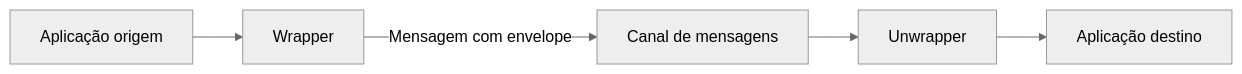
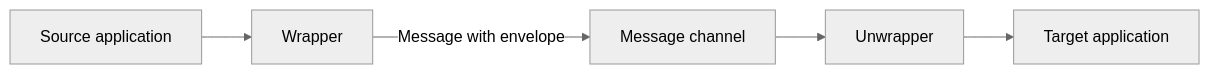
One commit to alancesar/design-patterns changed the diagram in docs/architecture/eip/message-transformation/envelope-wrapper.md. Above: the diagram before and after it, drawn with Mermaid (neutral theme). The commit also changed 258 other files, not shown here.

First line of the commit message:
Translate Mermaid diagrams to English

````diff
--- a/docs/architecture/eip/message-transformation/envelope-wrapper.md
+++ b/docs/architecture/eip/message-transformation/envelope-wrapper.md
@@ -54,7 +54,7 @@
 ```mermaid
 flowchart LR
-    A["Aplicação origem"] --> W["Wrapper"]
-    W -->|"Mensagem com envelope"| C["Canal de mensagens"]
+    A["Source application"] --> W["Wrapper"]
+    W -->|"Message with envelope"| C["Message channel"]
     C --> U["Unwrapper"]
-    U --> B["Aplicação destino"]
+    U --> B["Target application"]
 ```
````
